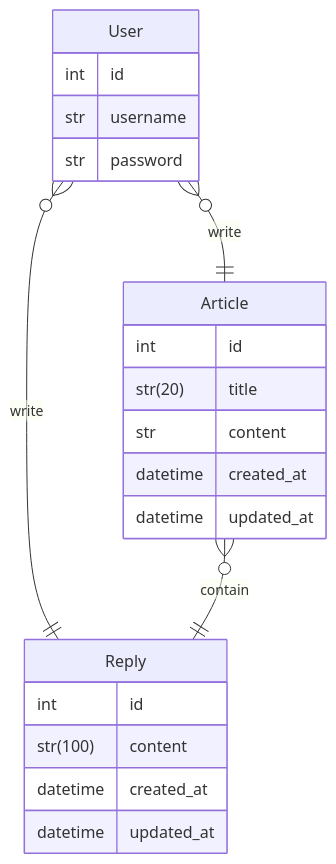
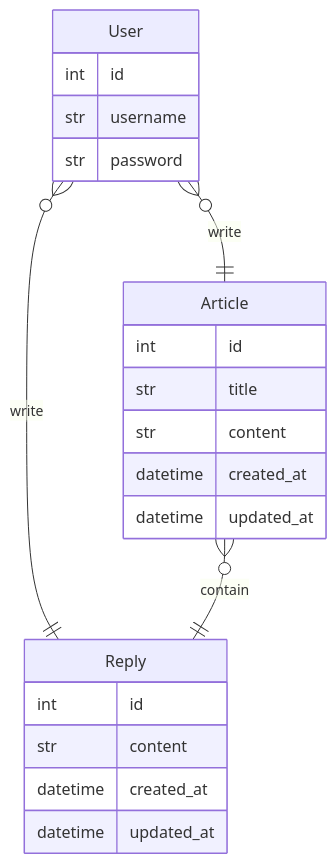
The diagram in README.md (mintropy/Python-web-framework), drawn with Mermaid before and after one commit. The commit also changed other lines of this file, not shown here.

Commit message:
Fix: update erd-mermaid

````diff
--- a/README.md
+++ b/README.md
@@ -11,25 +11,25 @@
 ```mermaid
 erDiagram
 User {
     int id
     str username
     str password
 }
 Article {
     int id
-    str(20) title
+    str title
     str content
     datetime created_at
     datetime updated_at
 }
 Reply {
     int id
-    str(100) content
+    str content
     datetime created_at
     datetime updated_at
 }
 
 User }o--|| Article : write
 User }o--|| Reply : write
 Article }o--|| Reply : contain
 ```
````
